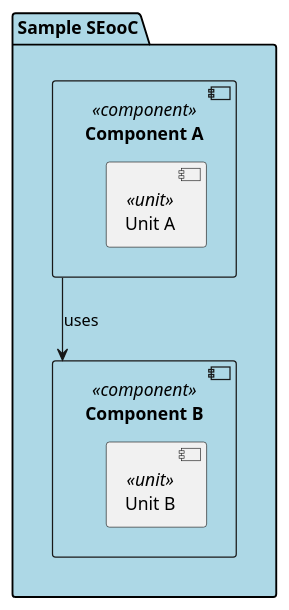
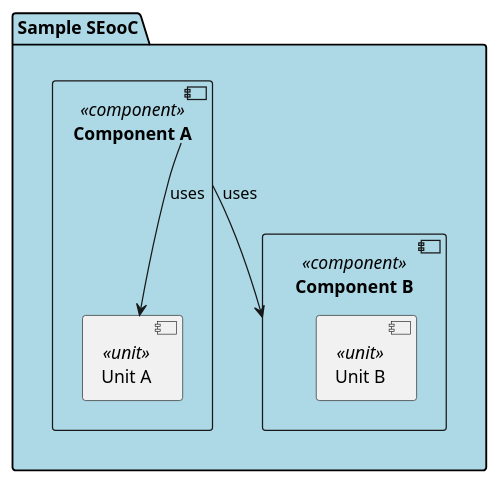
Before and after one commit to eclipse-score/tooling: the diagram in plantuml/parser/integration_test/component_diagram/relation_simple_name/relation_simple_name.puml, drawn with PlantUML. The commit also changed 90 other files, not shown here.

Commit message:
update plantuml parser (#140)

```diff
--- a/plantuml/parser/integration_test/component_diagram/relation_simple_name/relation_simple_name.puml
+++ b/plantuml/parser/integration_test/component_diagram/relation_simple_name/relation_simple_name.puml
@@ -13,16 +13,16 @@
-@startuml
+@startuml "Relation with Simple Name"
 
 package "Sample SEooC" as SampleSEooC #LightBlue {
     component "Component A" as ComponentA <<component>> {
         component "Unit A" as UnitA <<unit>> {
         }
     }
     component "Component B" as ComponentB <<component>> {
         component "Unit B" as UnitB <<unit>> {
         }
     }
-
+    ComponentA --> UnitA : uses
     ComponentA --> ComponentB : uses
 }
 
 @enduml
```
